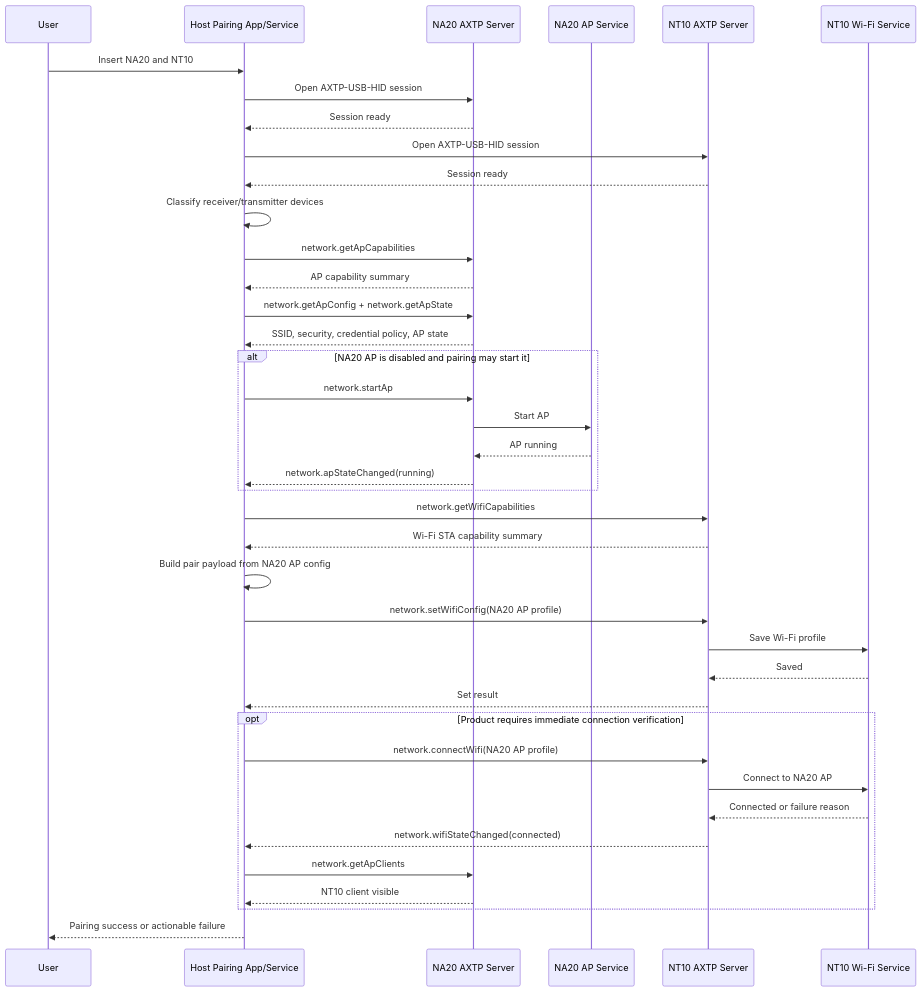
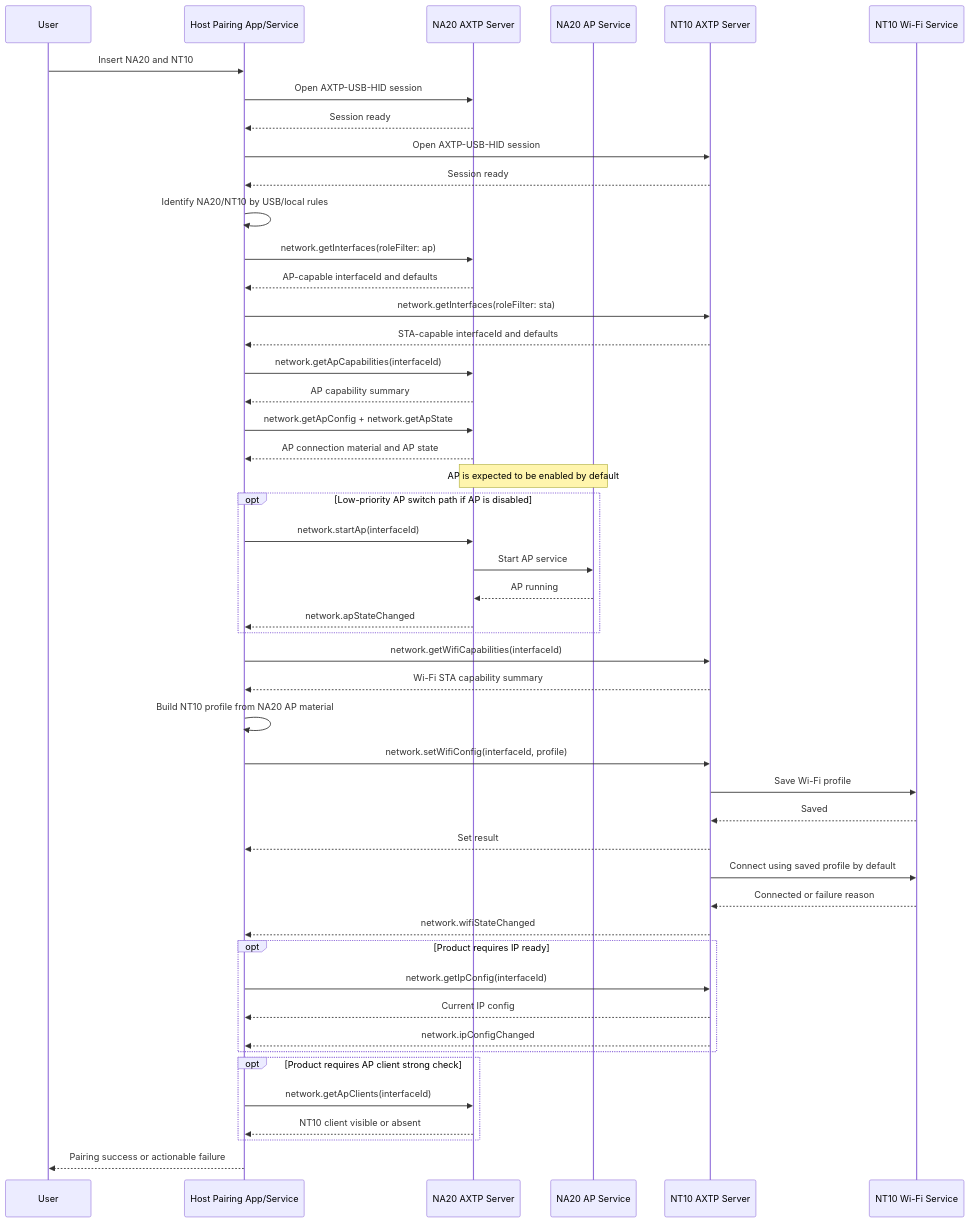
The diagram in docs/flows/cast-rxtx-paring.md (Mostorm-Labs/axtp), drawn with Mermaid before and after one commit. The commit also changed other lines of this file and 5 other files, not shown here.

````diff
--- a/docs/flows/cast-rxtx-paring.md
+++ b/docs/flows/cast-rxtx-paring.md
@@ -114,47 +143,58 @@
 ```mermaid
 sequenceDiagram
     participant User
     participant Host as Host Pairing App/Service
     participant NA20 as NA20 AXTP Server
     participant NA20AP as NA20 AP Service
     participant NT10 as NT10 AXTP Server
     participant NT10WiFi as NT10 Wi-Fi Service
 
     User->>Host: Insert NA20 and NT10
     Host->>NA20: Open AXTP-USB-HID session
     NA20-->>Host: Session ready
     Host->>NT10: Open AXTP-USB-HID session
     NT10-->>Host: Session ready
-    Host->>Host: Classify receiver/transmitter devices
+    Host->>Host: Identify NA20/NT10 by USB/local rules
 
-    Host->>NA20: network.getApCapabilities
+    Host->>NA20: network.getInterfaces(roleFilter: ap)
+    NA20-->>Host: AP-capable interfaceId and defaults
+    Host->>NT10: network.getInterfaces(roleFilter: sta)
+    NT10-->>Host: STA-capable interfaceId and defaults
+
+    Host->>NA20: network.getApCapabilities(interfaceId)
     NA20-->>Host: AP capability summary
     Host->>NA20: network.getApConfig + network.getApState
-    NA20-->>Host: SSID, security, credential policy, AP state
+    NA20-->>Host: AP connection material and AP state
 
-    alt NA20 AP is disabled and pairing may start it
-        Host->>NA20: network.startAp
-        NA20->>NA20AP: Start AP
+    Note over NA20,NA20AP: AP is expected to be enabled by default
+    opt Low-priority AP switch path if AP is disabled
+        Host->>NA20: network.startAp(interfaceId)
+        NA20->>NA20AP: Start AP service
         NA20AP-->>NA20: AP running
-        NA20-->>Host: network.apStateChanged(running)
+        NA20-->>Host: network.apStateChanged
     end
 
-    Host->>NT10: network.getWifiCapabilities
+    Host->>NT10: network.getWifiCapabilities(interfaceId)
     NT10-->>Host: Wi-Fi STA capability summary
-    Host->>Host: Build pair payload from NA20 AP config
-    Host->>NT10: network.setWifiConfig(NA20 AP profile)
+    Host->>Host: Build NT10 profile from NA20 AP material
+    Host->>NT10: network.setWifiConfig(interfaceId, profile)
     NT10->>NT10WiFi: Save Wi-Fi profile
     NT10WiFi-->>NT10: Saved
     NT10-->>Host: Set result
+    NT10->>NT10WiFi: Connect using saved profile by default
+    NT10WiFi-->>NT10: Connected or failure reason
+    NT10-->>Host: network.wifiStateChanged
 
-    opt Product requires immediate connection verification
-        Host->>NT10: network.connectWifi(NA20 AP profile)
-        NT10->>NT10WiFi: Connect to NA20 AP
-        NT10WiFi-->>NT10: Connected or failure reason
-        NT10-->>Host: network.wifiStateChanged(connected)
-        Host->>NA20: network.getApClients
-        NA20-->>Host: NT10 client visible
+    opt Product requires IP ready
+        Host->>NT10: network.getIpConfig(interfaceId)
+        NT10-->>Host: Current IP config
+        NT10-->>Host: network.ipConfigChanged
+    end
+
+    opt Product requires AP client strong check
+        Host->>NA20: network.getApClients(interfaceId)
+        NA20-->>Host: NT10 client visible or absent
     end
 
     Host-->>User: Pairing success or actionable failure
 ```
````
